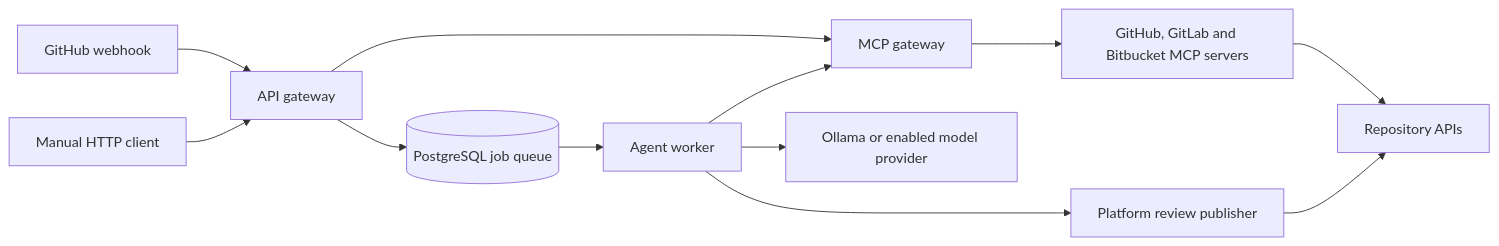
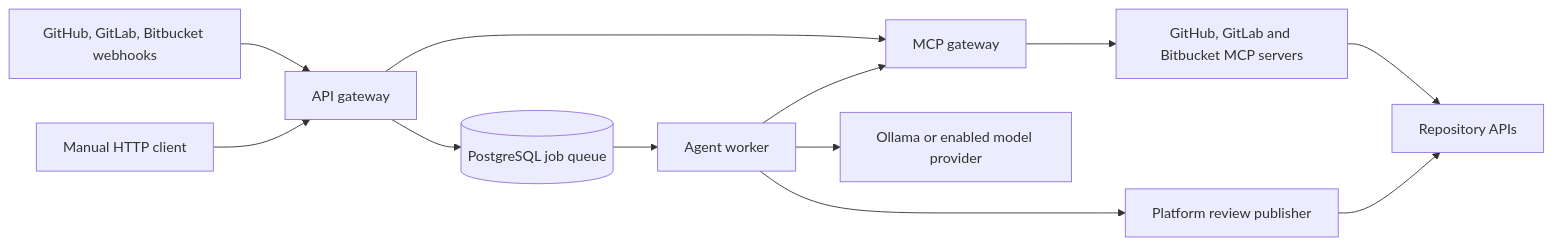
One commit to cleisommais/mcp-api-gateway changed the first of 2 diagrams in architecture.md. Above: the diagram before and after it, drawn with Mermaid. The commit also changed other lines of this file and 36 other files, not shown here.

````diff
--- a/architecture.md
+++ b/architecture.md
@@ -29,14 +29,14 @@
 ```mermaid
 flowchart LR
-    GH[GitHub webhook] --> API[API gateway]
+    GH[GitHub, GitLab, Bitbucket webhooks] --> API[API gateway]
     User[Manual HTTP client] --> API
     API --> DB[(PostgreSQL job queue)]
     API --> MCP[MCP gateway]
     DB --> Worker[Agent worker]
     Worker --> MCP
     MCP --> Servers[GitHub, GitLab and Bitbucket MCP servers]
     Servers --> Platforms[Repository APIs]
     Worker --> Model[Ollama or enabled model provider]
     Worker --> Publisher[Platform review publisher]
     Publisher --> Platforms
 ```
````
